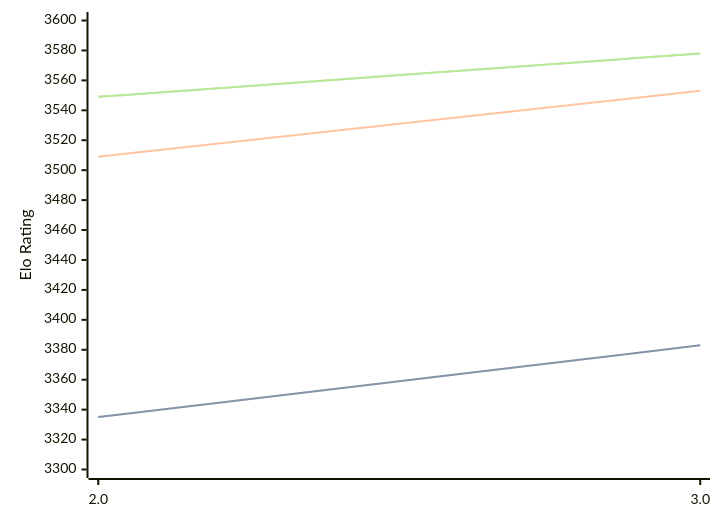
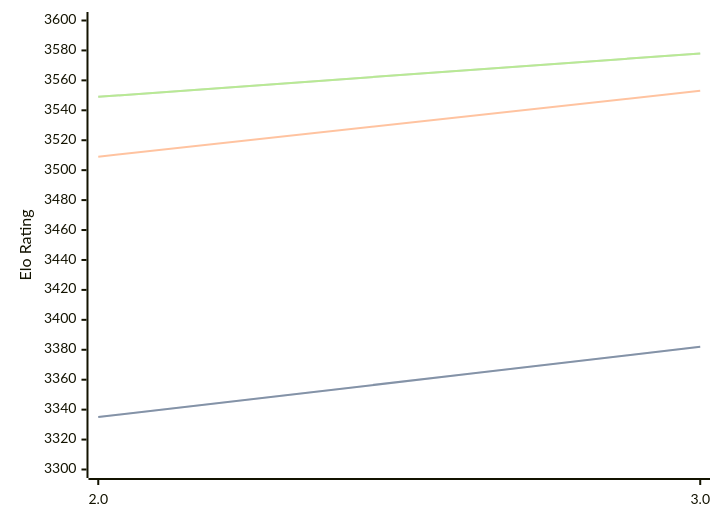
One commit to computer-chess-index/cci changed the diagram in engines/Quanticade.md. Above: the diagram before and after it, drawn with Mermaid. The commit also changed other lines of this file, not shown here.

Commit message:
Update CCI Ratings (ELO VLTC) - 2026-04-20

````diff
--- a/engines/Quanticade.md
+++ b/engines/Quanticade.md
@@ -41,11 +41,11 @@
 ```mermaid
 %%{init: {"theme":"base","themeVariables":{"seriesColors:['#a3a3a3','#222221','#faa371']}}}%%
 xychart-beta
   x-axis ["2.0", "3.0"]
   y-axis "Elo Rating" 3300 --> 3600
-  line "STC (8.0+0.08s)" [3335, 3383]
-  line "STC (8.0+0.08s)" [3335, 3383]
+  line "STC (8.0+0.08s)" [3335, 3382]
+  line "STC (8.0+0.08s)" [3335, 3382]
   line "LTC (60.0+0.60s)" [3509, 3553]
   line "VLTC (2m24s+1.12s)" [3549, 3578]
   line "VLTC (2m24s+1.12s)" [3549, 3578]
 ```
````
